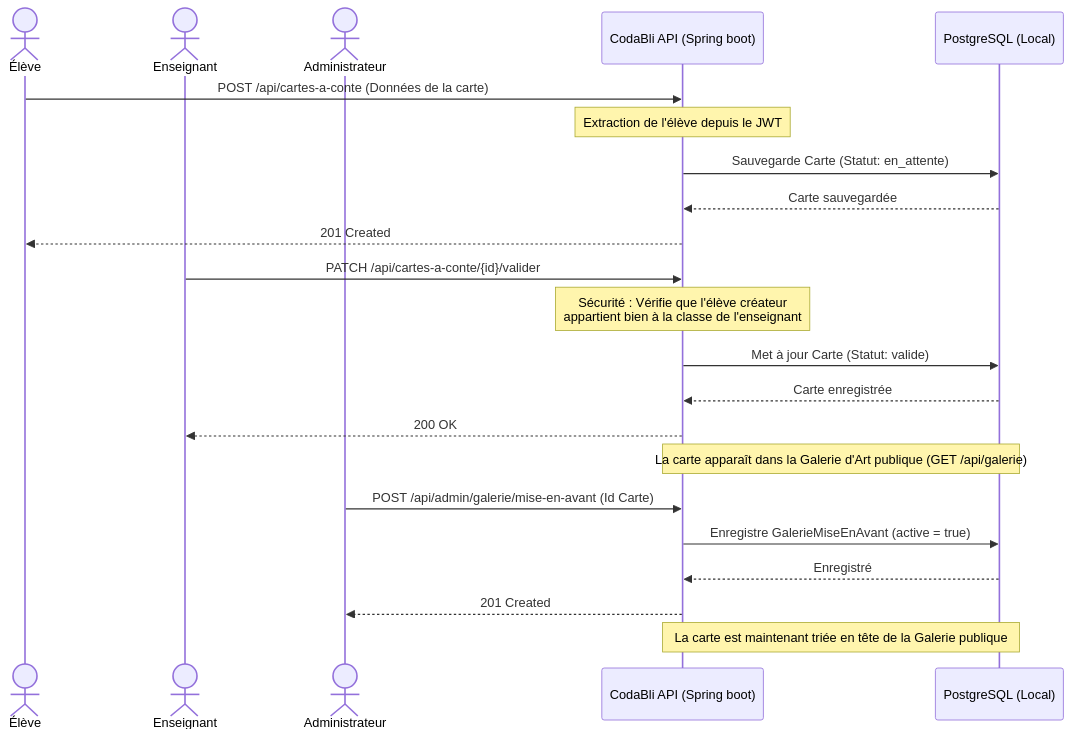
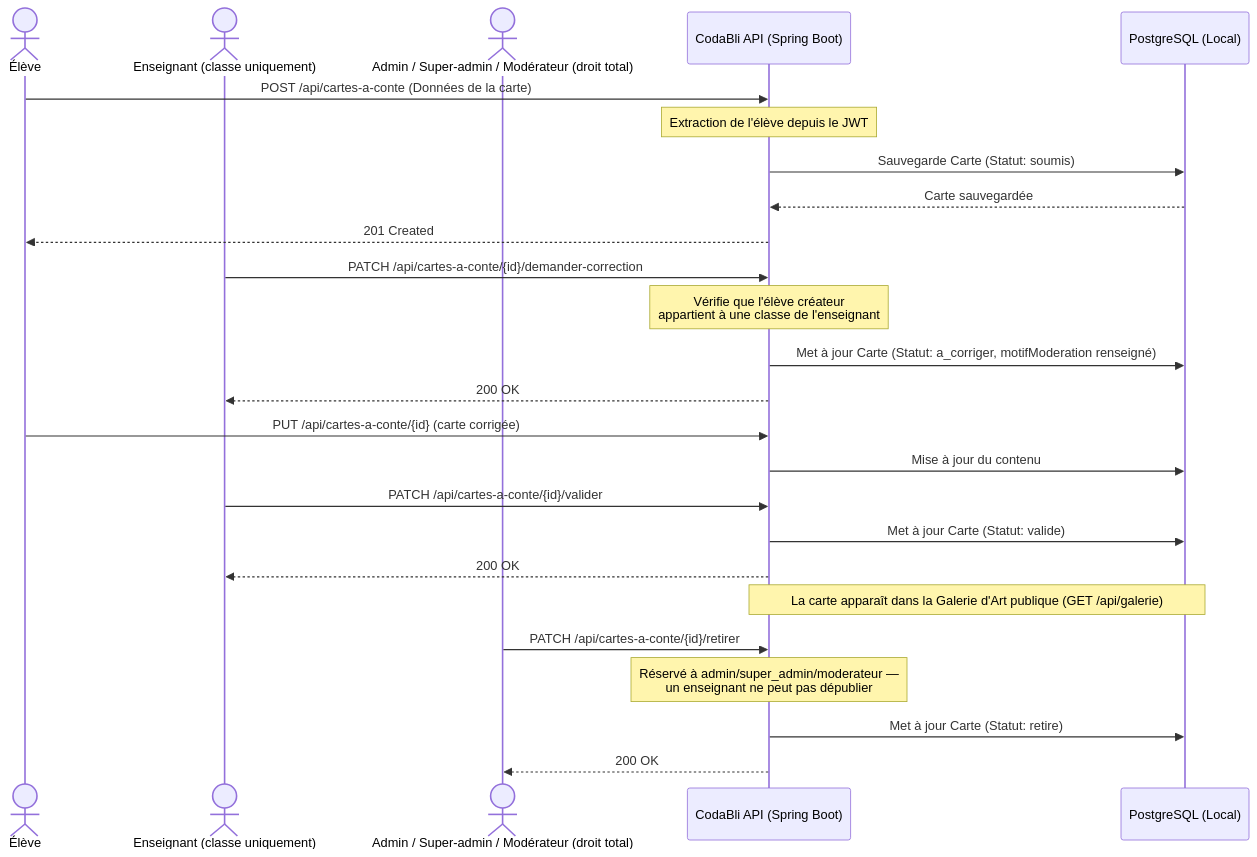
Before and after one commit to Codabli/codabli-backend: the fourth of 6 diagrams in DOC_FONCTIONNELLE.md, drawn with Mermaid. The commit also changed other lines of this file and 65 other files, not shown here.

````diff
--- a/DOC_FONCTIONNELLE.md
+++ b/DOC_FONCTIONNELLE.md
@@ -346,29 +816,33 @@
 ```mermaid
 sequenceDiagram
     actor Eleve as Élève
-    actor Enseignant as Enseignant
-    actor Admin as Administrateur
-    participant API as CodaBli API (Spring boot)
+    actor Enseignant as Enseignant (classe uniquement)
+    actor Admin as Admin / Super-admin / Modérateur (droit total)
+    participant API as CodaBli API (Spring Boot)
     participant DB as PostgreSQL (Local)
 
     Eleve->>API: POST /api/cartes-a-conte (Données de la carte)
     Note over API: Extraction de l'élève depuis le JWT
-    API->>DB: Sauvegarde Carte (Statut: en_attente)
+    API->>DB: Sauvegarde Carte (Statut: soumis)
     DB-->>API: Carte sauvegardée
     API-->>Eleve: 201 Created
 
+    Enseignant->>API: PATCH /api/cartes-a-conte/{id}/demander-correction
+    Note over API: Vérifie que l'élève créateur<br/>appartient à une classe de l'enseignant
+    API->>DB: Met à jour Carte (Statut: a_corriger, motifModeration renseigné)
+    API-->>Enseignant: 200 OK
+
+    Eleve->>API: PUT /api/cartes-a-conte/{id} (carte corrigée)
+    API->>DB: Mise à jour du contenu
+
     Enseignant->>API: PATCH /api/cartes-a-conte/{id}/valider
-    Note over API: Sécurité : Vérifie que l'élève créateur<br/>appartient bien à la classe de l'enseignant
     API->>DB: Met à jour Carte (Statut: valide)
-    DB-->>API: Carte enregistrée
     API-->>Enseignant: 200 OK
 
     Note over API, DB: La carte apparaît dans la Galerie d'Art publique (GET /api/galerie)
 
-    Admin->>API: POST /api/admin/galerie/mise-en-avant (Id Carte)
-    API->>DB: Enregistre GalerieMiseEnAvant (active = true)
-    DB-->>API: Enregistré
-    API-->>Admin: 201 Created
-
-    Note over API, DB: La carte est maintenant triée en tête de la Galerie publique
+    Admin->>API: PATCH /api/cartes-a-conte/{id}/retirer
+    Note over API: Réservé à admin/super_admin/moderateur —<br/>un enseignant ne peut pas dépublier
+    API->>DB: Met à jour Carte (Statut: retire)
+    API-->>Admin: 200 OK
 ```
````
